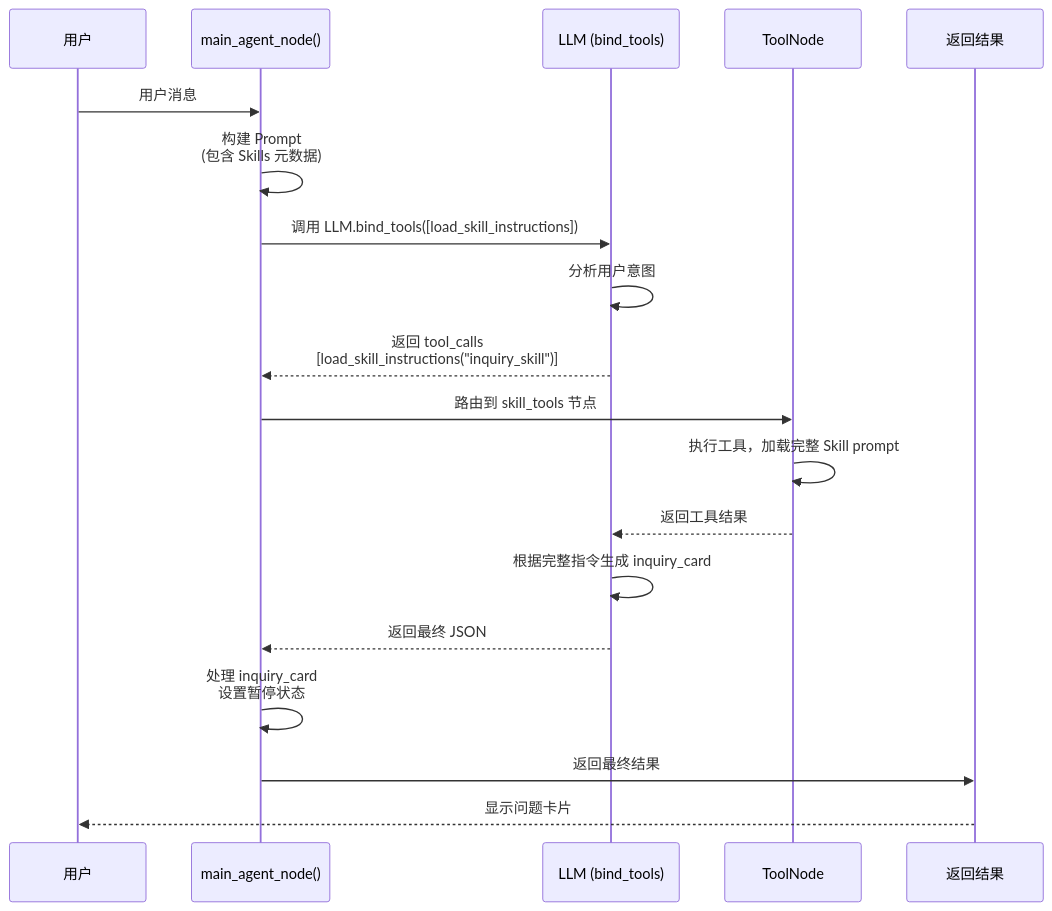
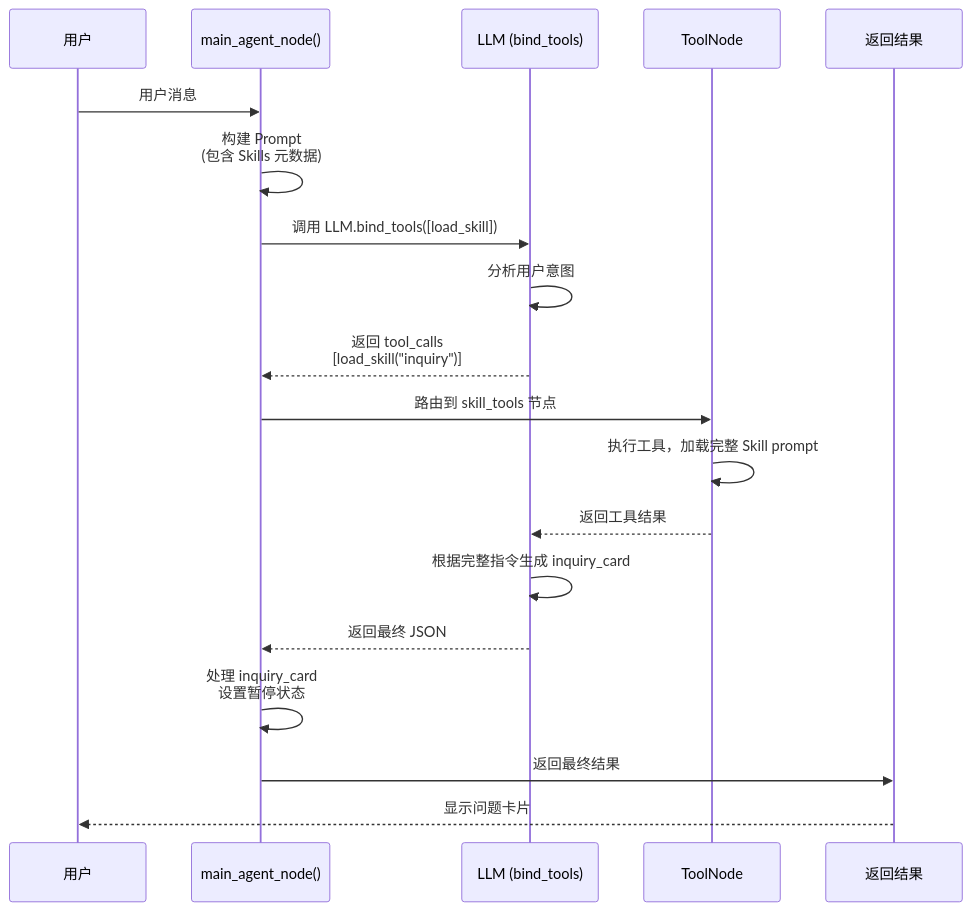
Before and after one commit to wangyizi0509-cloud/ai-prompt-builder: the third of 3 diagrams in agent_impl/docs/skill_demo.md, drawn with Mermaid. The commit also changed other lines of this file and 48 other files, not shown here.

````diff
--- a/agent_impl/docs/skill_demo.md
+++ b/agent_impl/docs/skill_demo.md
@@ -329,22 +327,22 @@
 ```mermaid
 sequenceDiagram
     participant User as 用户
     participant MainAgent as main_agent_node()
     participant LLM as LLM (bind_tools)
     participant ToolNode as ToolNode
     participant Result as 返回结果
 
     User->>MainAgent: 用户消息
     MainAgent->>MainAgent: 构建 Prompt<br/>(包含 Skills 元数据)
-    MainAgent->>LLM: 调用 LLM.bind_tools([load_skill_instructions])
+    MainAgent->>LLM: 调用 LLM.bind_tools([load_skill])
     LLM->>LLM: 分析用户意图
-    LLM-->>MainAgent: 返回 tool_calls<br/>[load_skill_instructions("inquiry_skill")]
+    LLM-->>MainAgent: 返回 tool_calls<br/>[load_skill("inquiry")]
     MainAgent->>ToolNode: 路由到 skill_tools 节点
     ToolNode->>ToolNode: 执行工具，加载完整 Skill prompt
     ToolNode-->>LLM: 返回工具结果
     LLM->>LLM: 根据完整指令生成 inquiry_card
     LLM-->>MainAgent: 返回最终 JSON
     MainAgent->>MainAgent: 处理 inquiry_card<br/>设置暂停状态
     MainAgent->>Result: 返回最终结果
     Result-->>User: 显示问题卡片
 ```
````
